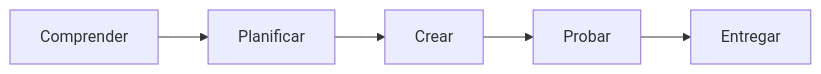
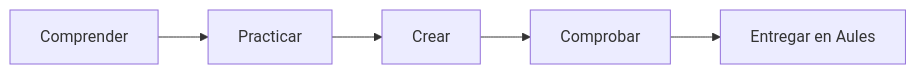
Before and after one commit to davidmolinafernadez/ESO_INFORMATICA_MATERIALES: the diagram in docs/3eso/b02/index.md, drawn with Mermaid. The commit also changed other lines of this file and 70 other files, not shown here.

````diff
--- a/docs/3eso/b02/index.md
+++ b/docs/3eso/b02/index.md
@@ -24,4 +22,4 @@
 ```mermaid
 flowchart LR
-  A["Comprender"] --> B["Planificar"] --> C["Crear"] --> D["Probar"] --> E["Entregar"]
+ A[Comprender] --> B[Practicar] --> C[Crear] --> D[Comprobar] --> E[Entregar en Aules]
 ```
````
